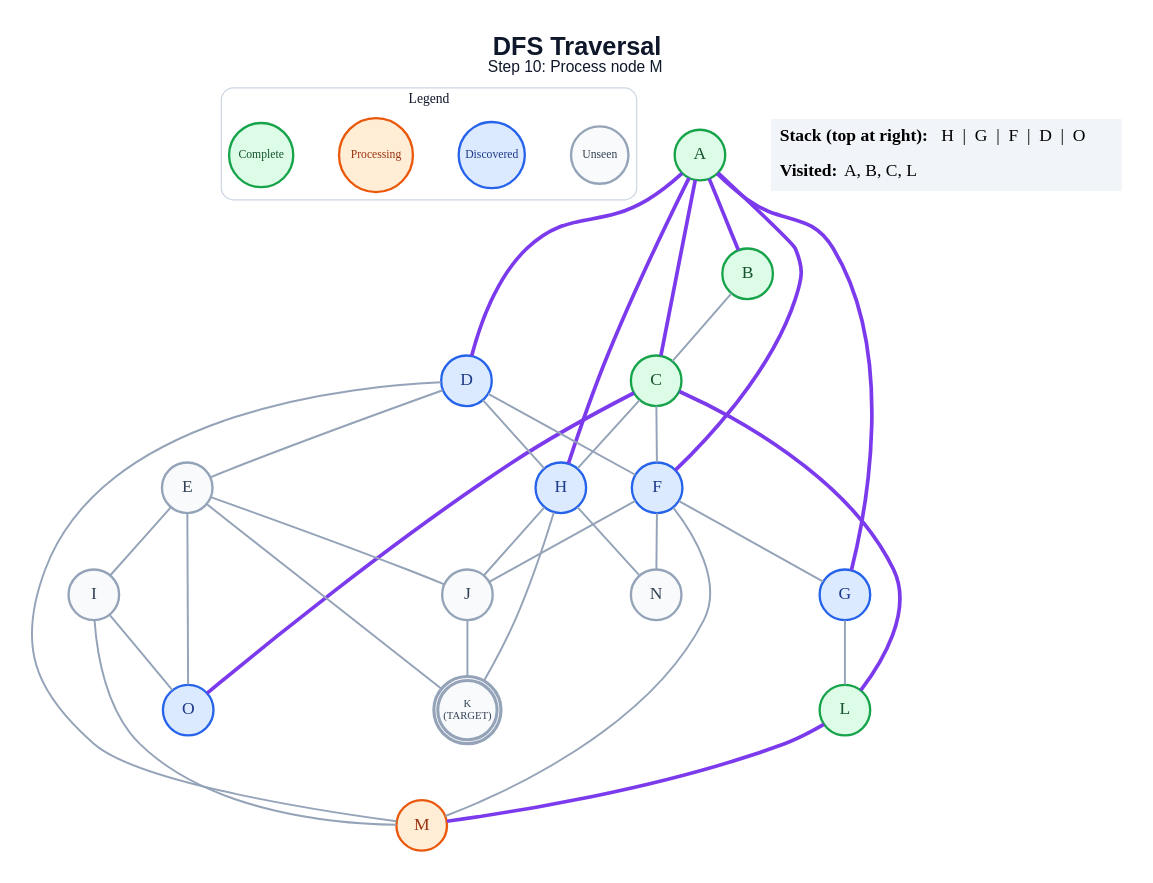
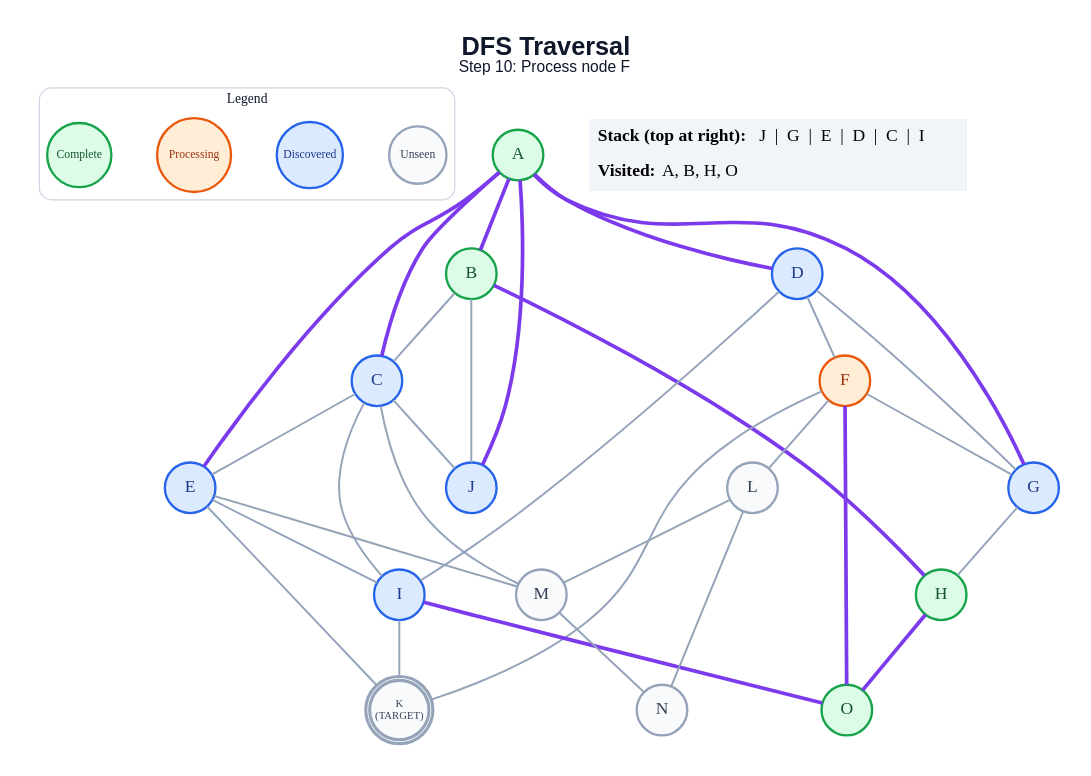
Before and after one commit to anon7238593-create/ai-slop: the diagram in generated/specific-node/dfs/step_10.dot, drawn with Graphviz. The commit also changed 281 other files, not shown here.

```diff
--- a/generated/specific-node/dfs/step_10.dot
+++ b/generated/specific-node/dfs/step_10.dot
@@ -1,65 +1,64 @@
 graph traversal {
   graph [layout=dot, rankdir=TB, bgcolor="#FFFFFF", pad="0.35", nodesep="0.65", ranksep="0.8", fontname="Arial"];
   node [shape=circle, style="filled", fontname="Arial Bold", fontsize=18, width=0.72, fixedsize=true, penwidth=2.4];
   edge [color="#94A3B8", penwidth=2.0];
-  label=<<B>DFS Traversal</B><BR/><FONT POINT-SIZE="16">Step 10: Process node M</FONT>>; labelloc="t"; fontsize=26; fontname="Arial"; fontcolor="#0F172A";
+  label=<<B>DFS Traversal</B><BR/><FONT POINT-SIZE="16">Step 10: Process node F</FONT>>; labelloc="t"; fontsize=26; fontname="Arial"; fontcolor="#0F172A";
   subgraph cluster_legend { label="Legend"; color="#CBD5E1"; penwidth=1.2; style="rounded"; fontsize=14; fontname="Arial Bold";
     key_unseen [label="Unseen", fillcolor="#F8FAFC", color="#94A3B8", fontcolor="#334155", fontsize=12, width=0.82];
     key_frontier [label="Discovered", fillcolor="#DBEAFE", color="#2563EB", fontcolor="#1E3A8A", fontsize=12, width=0.95];
     key_current [label="Processing", fillcolor="#FFEDD5", color="#EA580C", fontcolor="#9A3412", fontsize=12, width=1.05];
     key_done [label="Complete", fillcolor="#DCFCE7", color="#16A34A", fontcolor="#14532D", fontsize=12, width=0.92];
     { rank=same; key_unseen; key_frontier; key_current; key_done; }
   }
   A [label="A", fillcolor="#DCFCE7", color="#16A34A", fontcolor="#14532D", peripheries=1, penwidth=2.4];
   B [label="B", fillcolor="#DCFCE7", color="#16A34A", fontcolor="#14532D", peripheries=1, penwidth=2.4];
-  C [label="C", fillcolor="#DCFCE7", color="#16A34A", fontcolor="#14532D", peripheries=1, penwidth=2.4];
+  C [label="C", fillcolor="#DBEAFE", color="#2563EB", fontcolor="#1E3A8A", peripheries=1, penwidth=2.4];
   D [label="D", fillcolor="#DBEAFE", color="#2563EB", fontcolor="#1E3A8A", peripheries=1, penwidth=2.4];
-  E [label="E", fillcolor="#F8FAFC", color="#94A3B8", fontcolor="#334155", peripheries=1, penwidth=2.4];
-  F [label="F", fillcolor="#DBEAFE", color="#2563EB", fontcolor="#1E3A8A", peripheries=1, penwidth=2.4];
+  E [label="E", fillcolor="#DBEAFE", color="#2563EB", fontcolor="#1E3A8A", peripheries=1, penwidth=2.4];
+  F [label="F", fillcolor="#FFEDD5", color="#EA580C", fontcolor="#9A3412", peripheries=1, penwidth=2.4];
   G [label="G", fillcolor="#DBEAFE", color="#2563EB", fontcolor="#1E3A8A", peripheries=1, penwidth=2.4];
-  H [label="H", fillcolor="#DBEAFE", color="#2563EB", fontcolor="#1E3A8A", peripheries=1, penwidth=2.4];
-  I [label="I", fillcolor="#F8FAFC", color="#94A3B8", fontcolor="#334155", peripheries=1, penwidth=2.4];
-  J [label="J", fillcolor="#F8FAFC", color="#94A3B8", fontcolor="#334155", peripheries=1, penwidth=2.4];
+  H [label="H", fillcolor="#DCFCE7", color="#16A34A", fontcolor="#14532D", peripheries=1, penwidth=2.4];
+  I [label="I", fillcolor="#DBEAFE", color="#2563EB", fontcolor="#1E3A8A", peripheries=1, penwidth=2.4];
+  J [label="J", fillcolor="#DBEAFE", color="#2563EB", fontcolor="#1E3A8A", peripheries=1, penwidth=2.4];
   K [label="K\n(TARGET)", fillcolor="#F8FAFC", color="#94A3B8", fontcolor="#334155", peripheries=2, penwidth=3.2, fontsize=11, width=0.85, height=0.85];
-  L [label="L", fillcolor="#DCFCE7", color="#16A34A", fontcolor="#14532D", peripheries=1, penwidth=2.4];
-  M [label="M", fillcolor="#FFEDD5", color="#EA580C", fontcolor="#9A3412", peripheries=1, penwidth=2.4];
+  L [label="L", fillcolor="#F8FAFC", color="#94A3B8", fontcolor="#334155", peripheries=1, penwidth=2.4];
+  M [label="M", fillcolor="#F8FAFC", color="#94A3B8", fontcolor="#334155", peripheries=1, penwidth=2.4];
   N [label="N", fillcolor="#F8FAFC", color="#94A3B8", fontcolor="#334155", peripheries=1, penwidth=2.4];
-  O [label="O", fillcolor="#DBEAFE", color="#2563EB", fontcolor="#1E3A8A", peripheries=1, penwidth=2.4];
+  O [label="O", fillcolor="#DCFCE7", color="#16A34A", fontcolor="#14532D", peripheries=1, penwidth=2.4];
   A -- B [color="#7C3AED", penwidth=3.8];
   A -- C [color="#7C3AED", penwidth=3.8];
   A -- D [color="#7C3AED", penwidth=3.8];
-  A -- F [color="#7C3AED", penwidth=3.8];
+  A -- E [color="#7C3AED", penwidth=3.8];
   A -- G [color="#7C3AED", penwidth=3.8];
-  A -- H [color="#7C3AED", penwidth=3.8];
+  A -- J [color="#7C3AED", penwidth=3.8];
   B -- C;
-  C -- F;
-  C -- H;
-  C -- L [color="#7C3AED", penwidth=3.8];
-  C -- O [color="#7C3AED", penwidth=3.8];
-  D -- E;
+  B -- H [color="#7C3AED", penwidth=3.8];
+  B -- J;
+  C -- E;
+  C -- I;
+  C -- J;
+  C -- M;
   D -- F;
-  D -- H;
-  D -- M;
+  D -- G;
+  D -- I;
   E -- I;
-  E -- J;
   E -- K;
-  E -- O;
+  E -- M;
   F -- G;
-  F -- J;
-  F -- M;
-  F -- N;
-  G -- L;
-  H -- J;
-  H -- K;
-  H -- N;
-  I -- M;
-  I -- O;
-  J -- K;
-  L -- M [color="#7C3AED", penwidth=3.8];
+  F -- K;
+  F -- L;
+  F -- O [color="#7C3AED", penwidth=3.8];
+  G -- H;
+  H -- O [color="#7C3AED", penwidth=3.8];
+  I -- K;
+  I -- O [color="#7C3AED", penwidth=3.8];
+  L -- M;
+  L -- N;
+  M -- N;
   status [shape=plain, fixedsize=false, width=0, height=0, margin=0, label=<
     <TABLE BORDER="0" CELLBORDER="0" CELLPADDING="7" BGCOLOR="#F1F5F9">
-      <TR><TD ALIGN="LEFT"><B>Stack (top at right):</B> H  |  G  |  F  |  D  |  O</TD></TR>
-      <TR><TD ALIGN="LEFT"><B>Visited:</B> A, B, C, L</TD></TR>
+      <TR><TD ALIGN="LEFT"><B>Stack (top at right):</B> J  |  G  |  E  |  D  |  C  |  I</TD></TR>
+      <TR><TD ALIGN="LEFT"><B>Visited:</B> A, B, H, O</TD></TR>
     </TABLE>
   >];
 }
```
